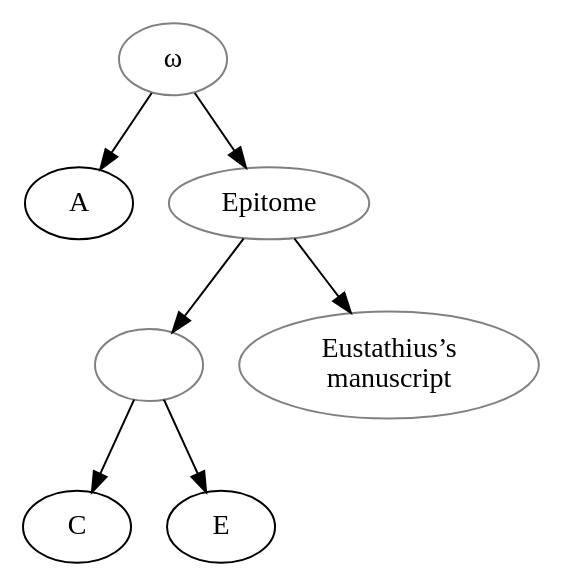
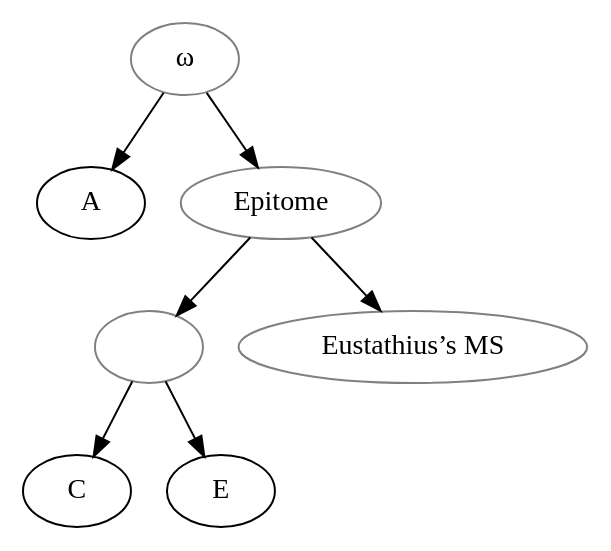
The diagram in data/grc/Kaibel_1887_Athenaeus/stemma.gv (OpenStemmata/database), drawn with Graphviz before and after one commit. The commit also changed 5 other files, not shown here.

```diff
--- a/data/grc/Kaibel_1887_Athenaeus/stemma.gv
+++ b/data/grc/Kaibel_1887_Athenaeus/stemma.gv
@@ -1,18 +1,18 @@
 # Athenaeus: Kaibel 1887
 # Epitome independent from A, no contamination
 
 digraph {
 
     omega -> A;
     omega -> epitome;
     epitome -> 1;
     1 -> C;
     1 -> E;
     epitome -> Eustathius_ms;
 
     omega [color="grey", label="ω"];
     epitome [color="grey", label="Epitome"];
-    Eustathius_ms [color="grey", label="Eustathius’s\nmanuscript"];
+    Eustathius_ms [color="grey", label="Eustathius’s MS"]; # Eustathius’s manuscript source for the Epitome
     1 [color="grey", label=""];
 
 }
```
